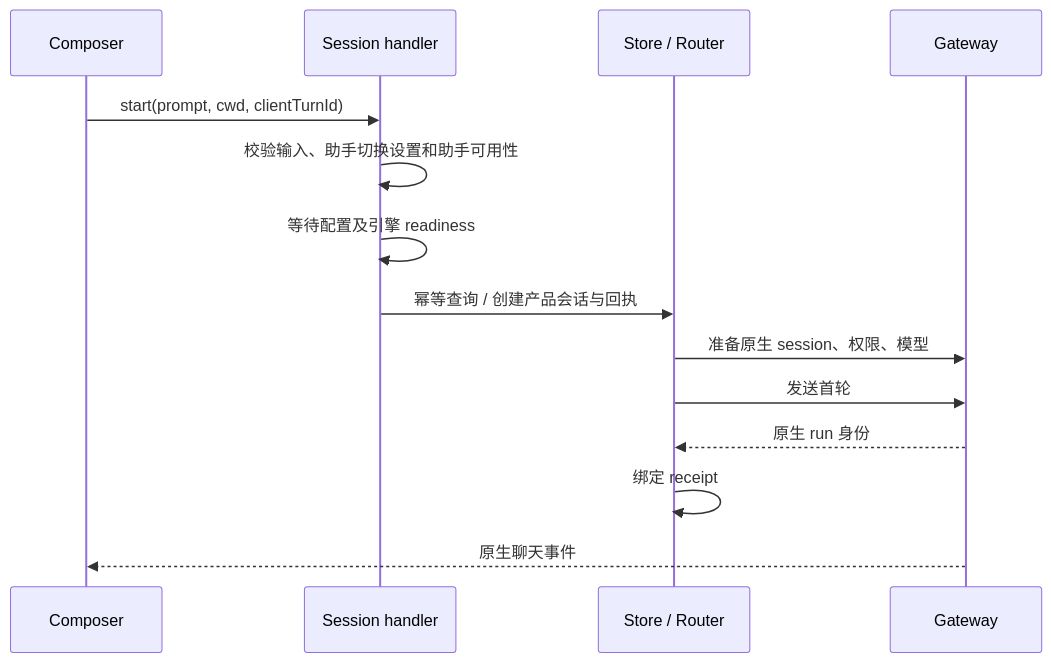
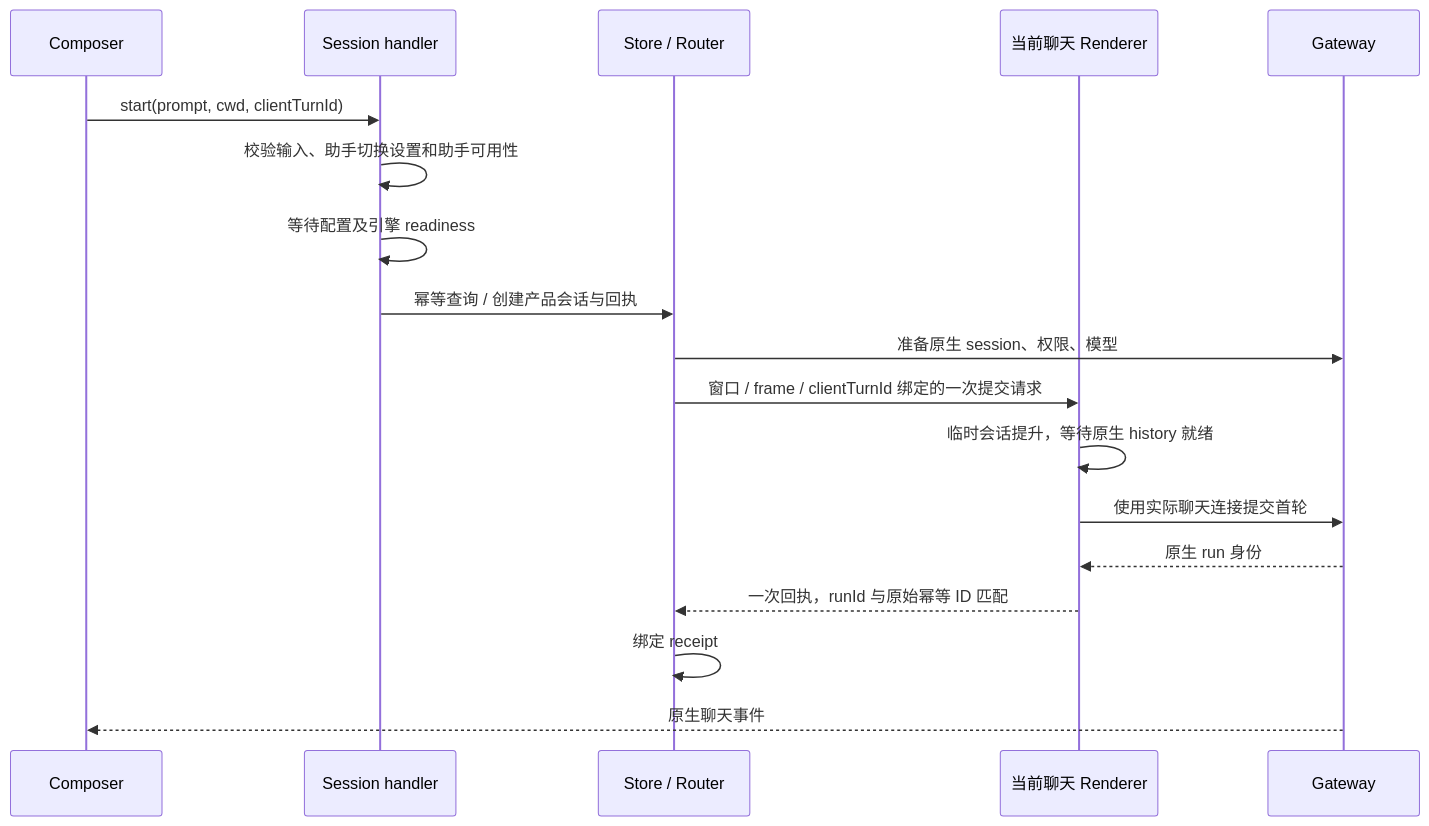
One commit to liangxhao/JustDo changed the first of 2 diagrams in docs/architecture/04-cowork-system.md. Above: the diagram before and after it, drawn with Mermaid. The commit also changed other lines of this file and 121 other files, not shown here.

````diff
--- a/docs/architecture/04-cowork-system.md
+++ b/docs/architecture/04-cowork-system.md
@@ -24,16 +24,20 @@
 ```mermaid
 sequenceDiagram
   participant UI as Composer
   participant H as Session handler
   participant S as Store / Router
+  participant R as 当前聊天 Renderer
   participant G as Gateway
   UI->>H: start(prompt, cwd, clientTurnId)
   H->>H: 校验输入、助手切换设置和助手可用性
   H->>H: 等待配置及引擎 readiness
   H->>S: 幂等查询 / 创建产品会话与回执
   S->>G: 准备原生 session、权限、模型
-  S->>G: 发送首轮
-  G-->>S: 原生 run 身份
+  S->>R: 窗口 / frame / clientTurnId 绑定的一次提交请求
+  R->>R: 临时会话提升，等待原生 history 就绪
+  R->>G: 使用实际聊天连接提交首轮
+  G-->>R: 原生 run 身份
+  R-->>S: 一次回执，runId 与原始幂等 ID 匹配
   S->>S: 绑定 receipt
   G-->>UI: 原生聊天事件
 ```
````
